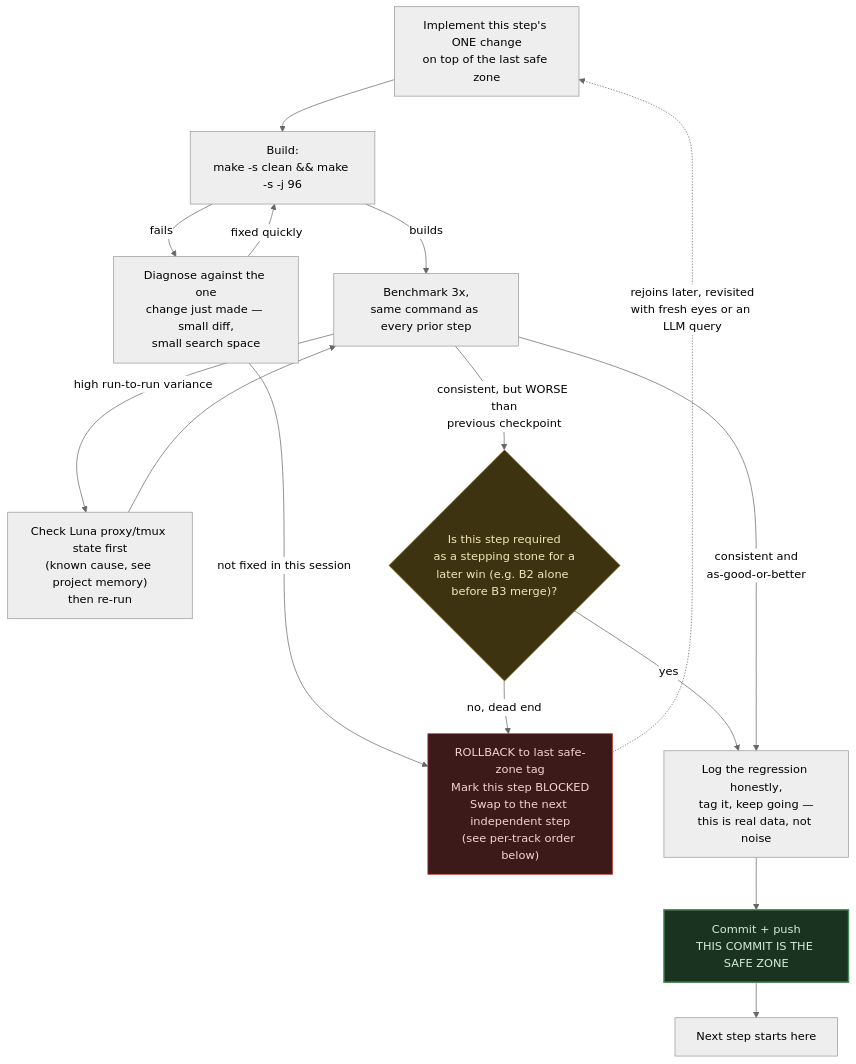
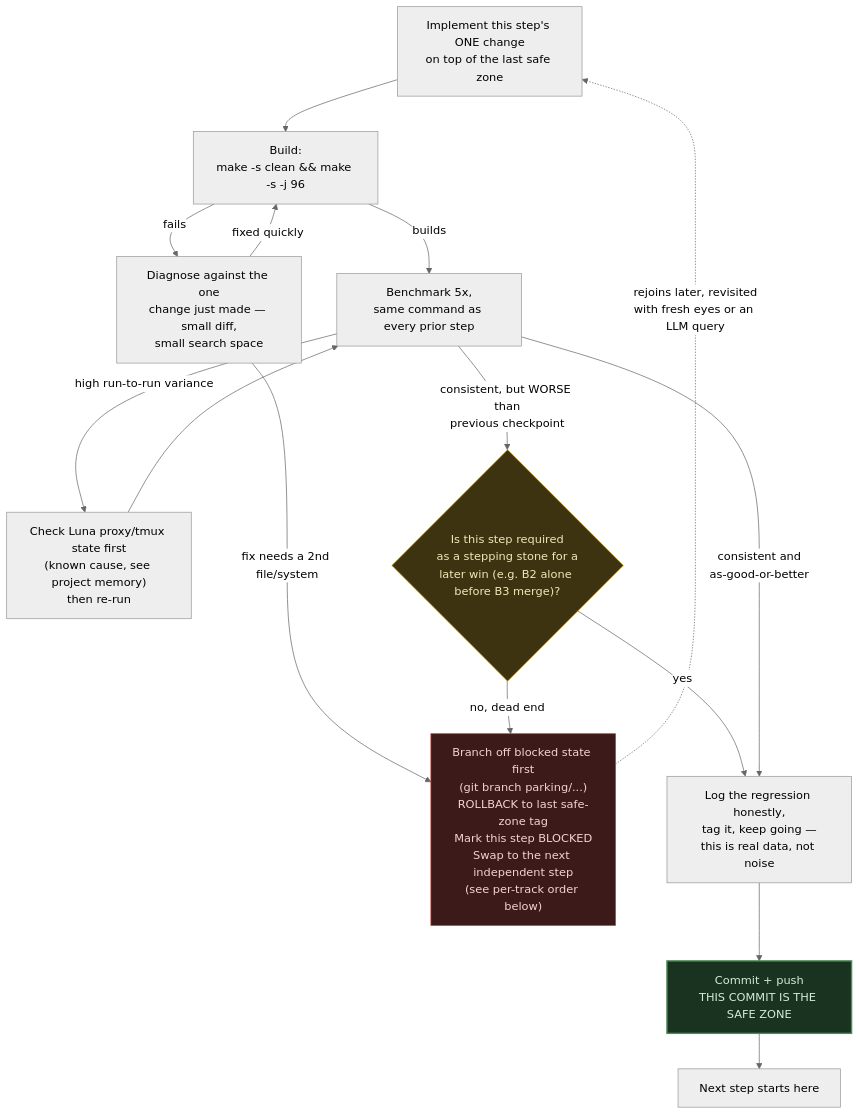
One commit to KathpaliaChirag/Nanopore-project changed the third of 7 diagrams in planning/week4plan.md. Above: the diagram before and after it, drawn with Mermaid (neutral theme). The commit also changed other lines of this file, not shown here.

````diff
--- a/planning/week4plan.md
+++ b/planning/week4plan.md
@@ -115,21 +126,21 @@
 ```mermaid
 flowchart TD
     A["Implement this step's ONE change\non top of the last safe zone"] --> B["Build:\nmake -s clean && make -s -j 96"]
     B -->|fails| C["Diagnose against the one\nchange just made — small diff,\nsmall search space"]
     C -->|fixed quickly| B
-    C -->|not fixed in this session| D["ROLLBACK to last safe-zone tag\nMark this step BLOCKED\nSwap to the next independent step\n(see per-track order below)"]
-    B -->|builds| E["Benchmark 3x,\nsame command as every prior step"]
+    C -->|fix needs a 2nd file/system| D["Branch off blocked state first\n(git branch parking/...)\nROLLBACK to last safe-zone tag\nMark this step BLOCKED\nSwap to the next independent step\n(see per-track order below)"]
+    B -->|builds| E["Benchmark 5x,\nsame command as every prior step"]
     E -->|high run-to-run variance| F["Check Luna proxy/tmux state first\n(known cause, see project memory)\nthen re-run"]
     F --> E
-    E -->|consistent, but WORSE than\nprevious checkpoint| G{"Is this step required\nas a stepping stone for a\nlater win (e.g. B2 alone before B3 merge)?"}
+    E -->|"consistent, but WORSE than\nprevious checkpoint"| G{"Is this step required\nas a stepping stone for a\nlater win (e.g. B2 alone before B3 merge)?"}
     G -->|yes| H["Log the regression honestly,\ntag it, keep going —\nthis is real data, not noise"]
     G -->|no, dead end| D
-    E -->|consistent and\nas-good-or-better| H
+    E -->|"consistent and\nas-good-or-better"| H
     H --> I["Commit + push\nTHIS COMMIT IS THE SAFE ZONE"]
     I --> J["Next step starts here"]
-    D -.rejoins later, revisited\nwith fresh eyes or an LLM query.-> A
+    D -."rejoins later, revisited\nwith fresh eyes or an LLM query".-> A
 
     style D fill:#3d1a1a,stroke:#c0392b,color:#f2d3d3
     style I fill:#1a3320,stroke:#4a8a54,stroke-width:2px,color:#d3ecd8
     style G fill:#3d3311,stroke:#c9a227,color:#f2e6b8
 ```
````
